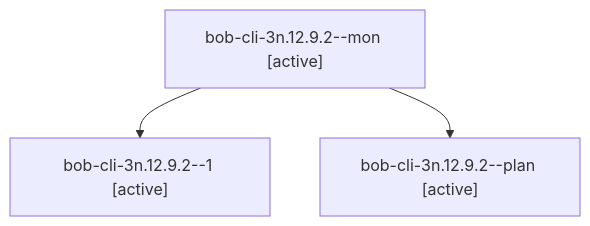
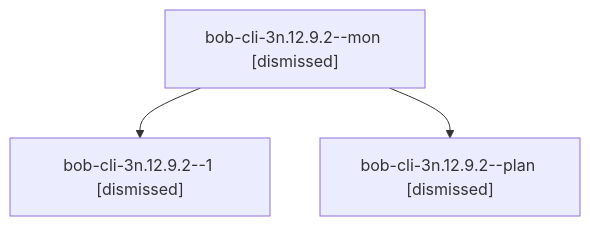
One commit to bobs-org/bob-cli--agents changed the diagram in sessions/bbugyi200.athena.bob-cli-3n.12.9.2.md. Above: the diagram before and after it, drawn with Mermaid. The commit also changed other lines of this file and 103 other files, not shown here.

````diff
--- a/sessions/bbugyi200.athena.bob-cli-3n.12.9.2.md
+++ b/sessions/bbugyi200.athena.bob-cli-3n.12.9.2.md
@@ -9,8 +9,8 @@
 ```mermaid
 flowchart TD
-  n0["bob-cli-3n.12.9.2--mon [active]"]
-  n1["bob-cli-3n.12.9.2--1 [active]"]
+  n0["bob-cli-3n.12.9.2--mon [dismissed]"]
+  n1["bob-cli-3n.12.9.2--1 [dismissed]"]
   n0 --> n1
-  n2["bob-cli-3n.12.9.2--plan [active]"]
+  n2["bob-cli-3n.12.9.2--plan [dismissed]"]
   n0 --> n2
 ```
````
